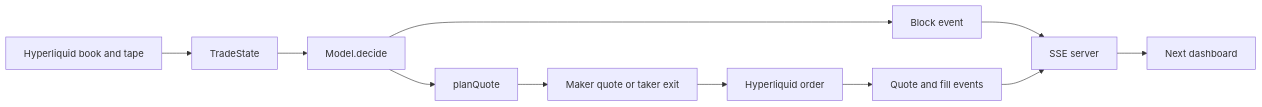
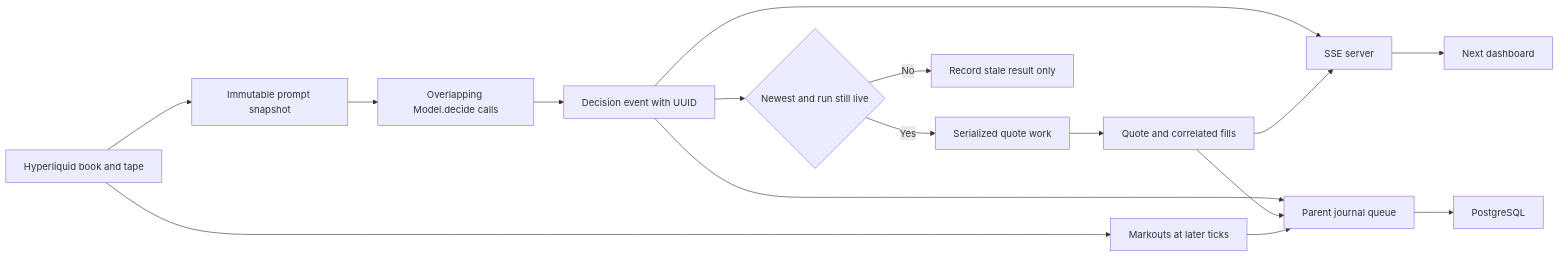
Before and after one commit to prime-optimal/jev-trade: the diagram in docs/architecture.md, drawn with Mermaid. The commit also changed other lines of this file and 39 other files, not shown here.

````diff
--- a/docs/architecture.md
+++ b/docs/architecture.md
@@ -49,13 +52,18 @@
 ```mermaid
 flowchart LR
-  A[Hyperliquid book and tape] --> B[TradeState]
-  B --> C[Model.decide]
-  C --> D[planQuote]
-  D --> E[Maker quote or taker exit]
-  E --> F[Hyperliquid order]
-  C --> G[Block event]
-  F --> H[Quote and fill events]
-  G --> I[SSE server]
+  A[Hyperliquid book and tape] --> B[Immutable prompt snapshot]
+  B --> C[Overlapping Model.decide calls]
+  C --> D[Decision event with UUID]
+  D --> E{Newest and run still live}
+  E -->|Yes| F[Serialized quote work]
+  E -->|No| G[Record stale result only]
+  F --> H[Quote and correlated fills]
+  D --> I[Parent journal queue]
   H --> I
-  I --> J[Next dashboard]
+  A --> J[Markouts at later ticks]
+  J --> I
+  I --> K[PostgreSQL]
+  D --> L[SSE server]
+  H --> L
+  L --> M[Next dashboard]
 ```
````
